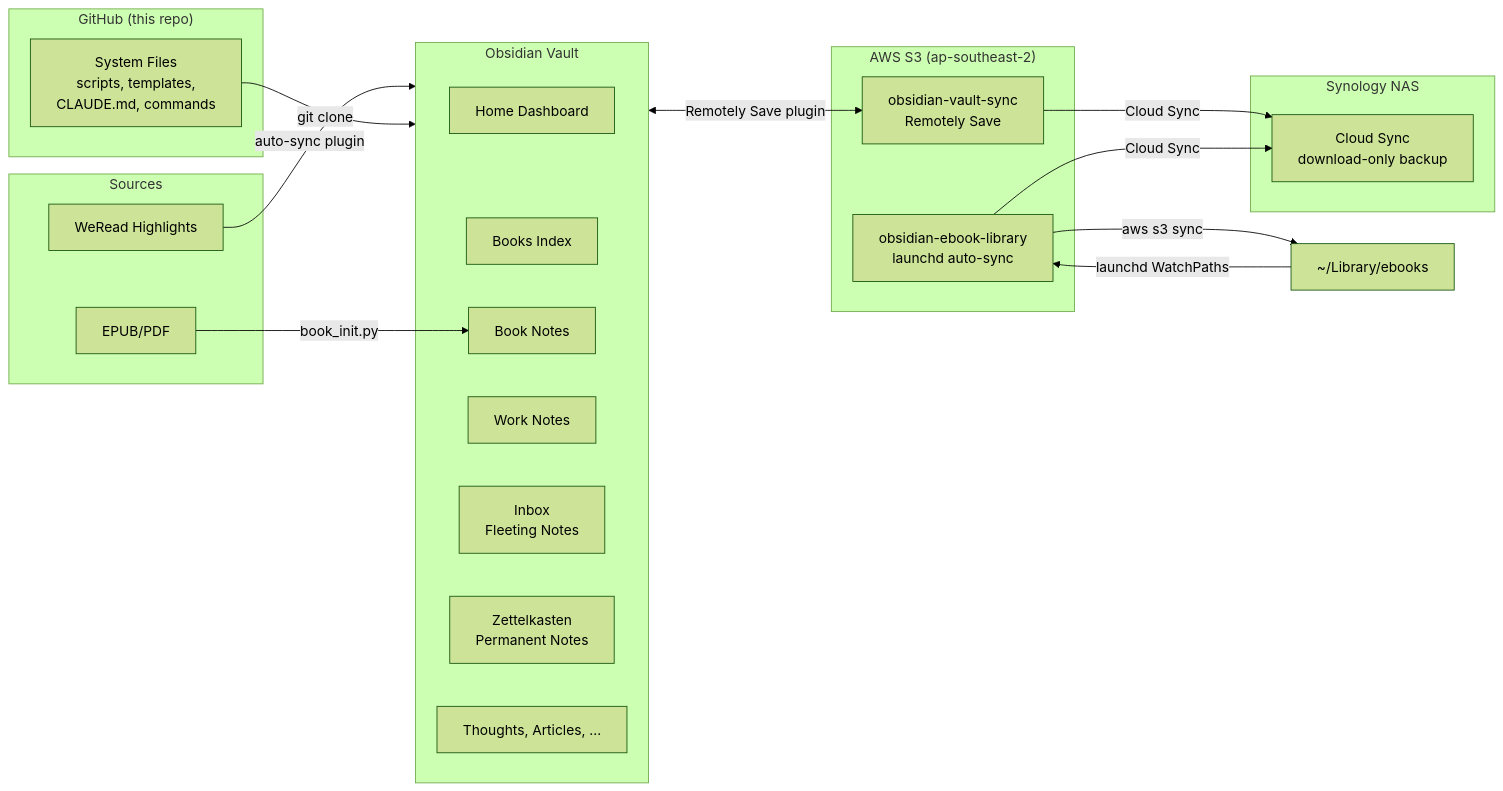
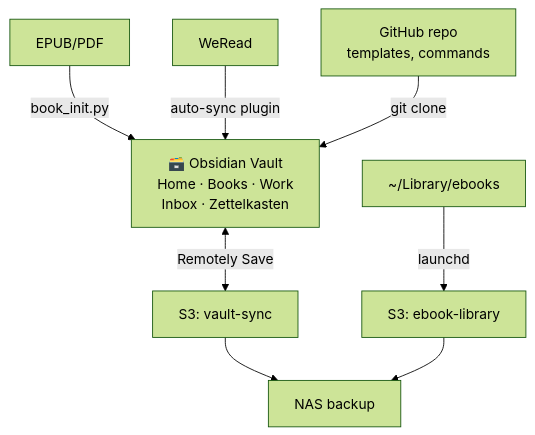
Before and after one commit to yepengfan/obsidian-workflow: the first of 3 diagrams in README.md, drawn with Mermaid (forest theme). The commit also changed other lines of this file and 4 other files, not shown here.

````diff
--- a/README.md
+++ b/README.md
@@ -47,39 +47,13 @@
 ```mermaid
-graph LR
-    subgraph Sources
-        EPUB[EPUB/PDF]
-        WR[WeRead Highlights]
-    end
+graph TD
+    EPUB[EPUB/PDF] -->|book_init.py| Vault
+    WR[WeRead] -->|auto-sync plugin| Vault
+    SYS[GitHub repo<br/>templates, commands] -->|git clone| Vault
 
-    subgraph GitHub["GitHub (this repo)"]
-        SYS[System Files<br/>scripts, templates,<br/>CLAUDE.md, commands]
-    end
+    Vault["🗃️ Obsidian Vault<br/>Home · Books · Work<br/>Inbox · Zettelkasten"]
 
-    subgraph Vault["Obsidian Vault"]
-        HOME[Home Dashboard]
-        IDX[Books Index]
-        BOOKS[Book Notes]
-        WORK[Work Notes]
-        INBOX[Inbox<br/>Fleeting Notes]
-        ZK[Zettelkasten<br/>Permanent Notes]
-        OTHER[Thoughts, Articles, ...]
-    end
-
-    subgraph AWS["AWS S3 (ap-southeast-2)"]
-        S3V[obsidian-vault-sync<br/>Remotely Save]
-        S3E[obsidian-ebook-library<br/>launchd auto-sync]
-    end
-
-    subgraph NAS["Synology NAS"]
-        BACKUP[Cloud Sync<br/>download-only backup]
-    end
-
-    EBOOKS[~/Library/ebooks] -->|launchd WatchPaths| S3E
-    S3E -->|aws s3 sync| EBOOKS
-    EPUB -->|book_init.py| BOOKS
-    WR -->|auto-sync plugin| Vault
-    SYS -->|git clone| Vault
-    Vault <-->|Remotely Save plugin| S3V
-    S3V -->|Cloud Sync| BACKUP
-    S3E -->|Cloud Sync| BACKUP
+    Vault <-->|Remotely Save| S3V[S3: vault-sync]
+    EBOOKS[~/Library/ebooks] -->|launchd| S3E[S3: ebook-library]
+    S3V --> BACKUP[NAS backup]
+    S3E --> BACKUP
 ```
````
